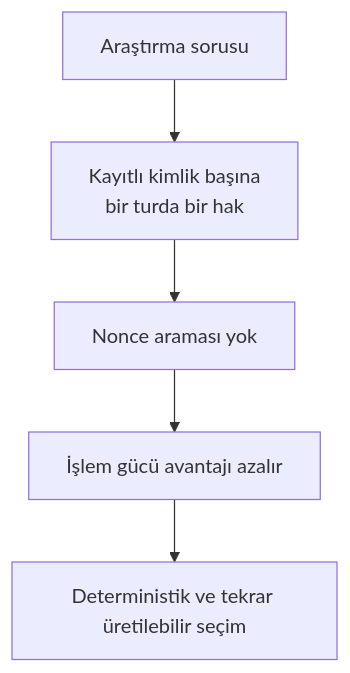
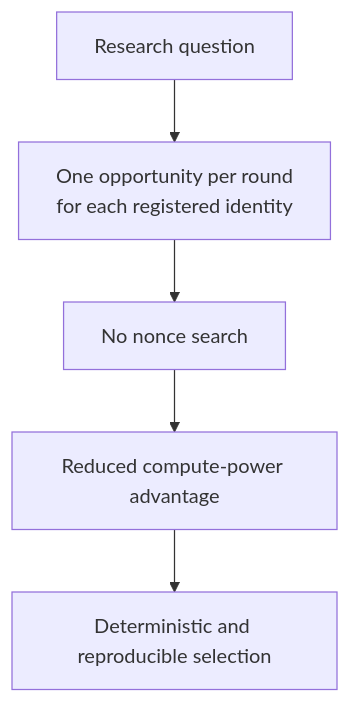
One commit to UfkuAcik/Embedded_Proof-of-Device_Network changed the second of 15 diagrams in README.md. Above: the diagram before and after it, drawn with Mermaid. The commit also changed other lines of this file, not shown here.

````diff
--- a/README.md
+++ b/README.md
@@ -104,7 +105,7 @@
 ```mermaid
 flowchart TB
-    Q["Araştırma sorusu"] --> I["Kayıtlı kimlik başına<br/>bir turda bir hak"]
-    I --> N["Nonce araması yok"]
-    N --> P["İşlem gücü avantajı azalır"]
-    P --> R["Deterministik ve tekrar üretilebilir seçim"]
+    Q["Research question"] --> I["One opportunity per round<br/>for each registered identity"]
+    I --> N["No nonce search"]
+    N --> P["Reduced compute-power advantage"]
+    P --> R["Deterministic and reproducible selection"]
 ```
````
